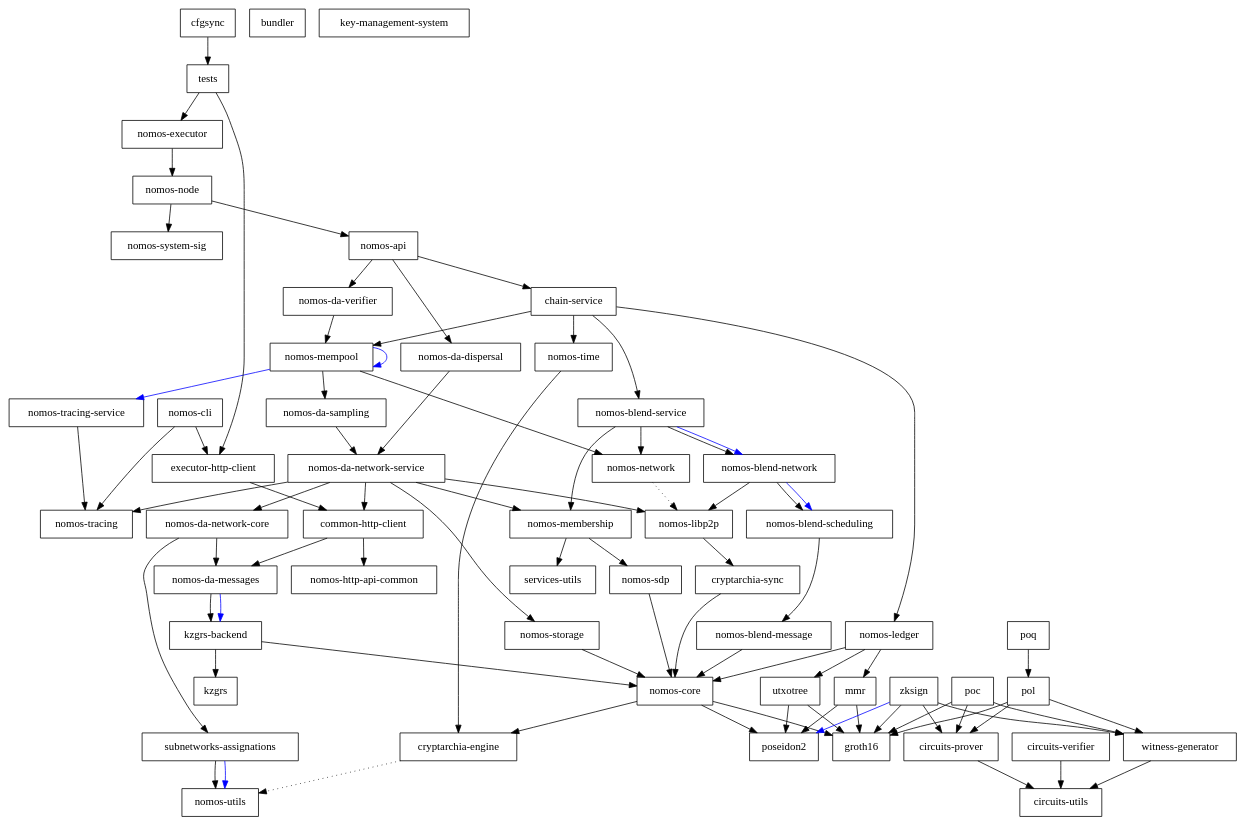
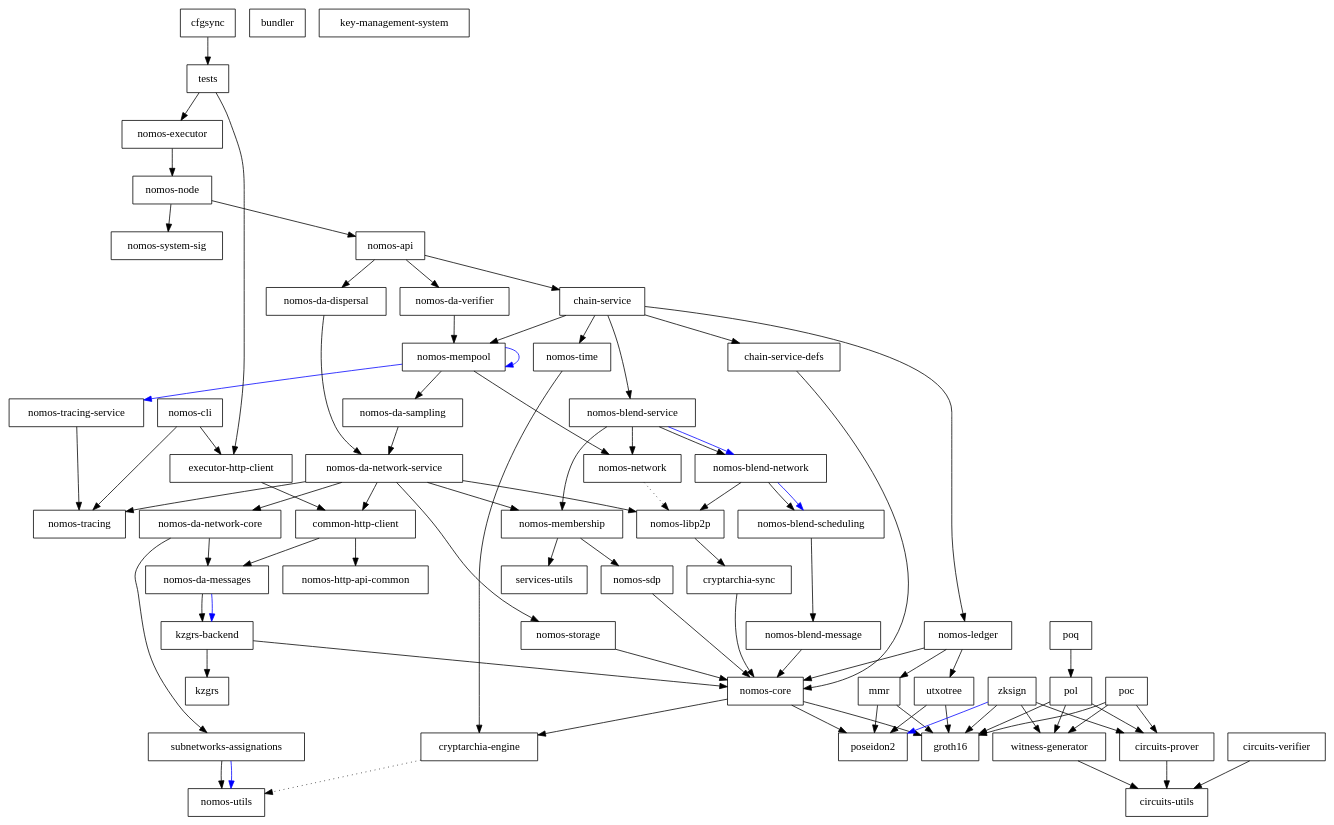
Before and after one commit to Astro521/logos-blockchain: the diagram in dependencies_graph.dot, drawn with Graphviz. The commit also changed 25 other files, not shown here.

Commit message:
chore(chain): Chain service definitions crate (#1689)

```diff
--- a/dependencies_graph.dot
+++ b/dependencies_graph.dot
@@ -1,137 +1,140 @@
 digraph {
     0 [ label = "cryptarchia-engine" shape = box]
     1 [ label = "nomos-utils" shape = box]
     2 [ label = "cryptarchia-sync" shape = box]
     3 [ label = "nomos-core" shape = box]
     4 [ label = "groth16" shape = box]
     5 [ label = "poseidon2" shape = box]
     6 [ label = "nomos-ledger" shape = box]
     7 [ label = "mmr" shape = box]
     8 [ label = "utxotree" shape = box]
     9 [ label = "nomos-http-api-common" shape = box]
     10 [ label = "nomos-executor" shape = box]
     11 [ label = "kzgrs-backend" shape = box]
     12 [ label = "kzgrs" shape = box]
     13 [ label = "nomos-api" shape = box]
     14 [ label = "chain-service" shape = box]
-    15 [ label = "nomos-blend-service" shape = box]
-    16 [ label = "nomos-blend-message" shape = box]
-    17 [ label = "nomos-blend-network" shape = box]
-    18 [ label = "nomos-blend-scheduling" shape = box]
-    19 [ label = "nomos-libp2p" shape = box]
-    20 [ label = "nomos-membership" shape = box]
-    21 [ label = "nomos-sdp" shape = box]
-    22 [ label = "services-utils" shape = box]
-    23 [ label = "nomos-network" shape = box]
-    24 [ label = "nomos-da-sampling" shape = box]
-    25 [ label = "nomos-da-network-core" shape = box]
-    26 [ label = "nomos-da-messages" shape = box]
-    27 [ label = "subnetworks-assignations" shape = box]
-    28 [ label = "nomos-da-network-service" shape = box]
-    29 [ label = "common-http-client" shape = box]
-    30 [ label = "nomos-storage" shape = box]
-    31 [ label = "nomos-tracing" shape = box]
-    32 [ label = "nomos-mempool" shape = box]
-    33 [ label = "nomos-tracing-service" shape = box]
-    34 [ label = "nomos-time" shape = box]
-    35 [ label = "nomos-da-dispersal" shape = box]
-    36 [ label = "nomos-da-verifier" shape = box]
-    37 [ label = "nomos-node" shape = box]
-    38 [ label = "nomos-system-sig" shape = box]
-    39 [ label = "executor-http-client" shape = box]
-    40 [ label = "bundler" shape = box]
-    41 [ label = "nomos-cli" shape = box]
-    42 [ label = "key-management-system" shape = box]
-    43 [ label = "cfgsync" shape = box]
-    44 [ label = "tests" shape = box]
-    45 [ label = "circuits-prover" shape = box]
-    46 [ label = "circuits-utils" shape = box]
-    47 [ label = "circuits-verifier" shape = box]
-    48 [ label = "witness-generator" shape = box]
-    49 [ label = "poc" shape = box]
-    50 [ label = "pol" shape = box]
-    51 [ label = "poq" shape = box]
-    52 [ label = "zksign" shape = box]
+    15 [ label = "chain-service-defs" shape = box]
+    16 [ label = "nomos-blend-service" shape = box]
+    17 [ label = "nomos-blend-message" shape = box]
+    18 [ label = "nomos-blend-network" shape = box]
+    19 [ label = "nomos-blend-scheduling" shape = box]
+    20 [ label = "nomos-libp2p" shape = box]
+    21 [ label = "nomos-membership" shape = box]
+    22 [ label = "nomos-sdp" shape = box]
+    23 [ label = "services-utils" shape = box]
+    24 [ label = "nomos-network" shape = box]
+    25 [ label = "nomos-da-sampling" shape = box]
+    26 [ label = "nomos-da-network-core" shape = box]
+    27 [ label = "nomos-da-messages" shape = box]
+    28 [ label = "subnetworks-assignations" shape = box]
+    29 [ label = "nomos-da-network-service" shape = box]
+    30 [ label = "common-http-client" shape = box]
+    31 [ label = "nomos-storage" shape = box]
+    32 [ label = "nomos-tracing" shape = box]
+    33 [ label = "nomos-mempool" shape = box]
+    34 [ label = "nomos-tracing-service" shape = box]
+    35 [ label = "nomos-time" shape = box]
+    36 [ label = "nomos-da-dispersal" shape = box]
+    37 [ label = "nomos-da-verifier" shape = box]
+    38 [ label = "nomos-node" shape = box]
+    39 [ label = "nomos-system-sig" shape = box]
+    40 [ label = "executor-http-client" shape = box]
+    41 [ label = "bundler" shape = box]
+    42 [ label = "nomos-cli" shape = box]
+    43 [ label = "key-management-system" shape = box]
+    44 [ label = "cfgsync" shape = box]
+    45 [ label = "tests" shape = box]
+    46 [ label = "circuits-prover" shape = box]
+    47 [ label = "circuits-utils" shape = box]
+    48 [ label = "circuits-verifier" shape = box]
+    49 [ label = "witness-generator" shape = box]
+    50 [ label = "poc" shape = box]
+    51 [ label = "pol" shape = box]
+    52 [ label = "poq" shape = box]
+    53 [ label = "zksign" shape = box]
     0 -> 1 [ style = dotted]
     2 -> 3 [ ]
     3 -> 0 [ ]
     3 -> 4 [ ]
     3 -> 5 [ ]
     6 -> 7 [ ]
     6 -> 3 [ ]
     6 -> 8 [ ]
     7 -> 4 [ ]
     7 -> 5 [ ]
     8 -> 4 [ ]
     8 -> 5 [ ]
-    10 -> 37 [ ]
+    10 -> 38 [ ]
     11 -> 12 [ ]
     11 -> 3 [ ]
     13 -> 14 [ ]
-    13 -> 35 [ ]
     13 -> 36 [ ]
+    13 -> 37 [ ]
     14 -> 15 [ ]
+    14 -> 16 [ ]
     14 -> 6 [ ]
-    14 -> 32 [ ]
-    14 -> 34 [ ]
-    15 -> 17 [ ]
-    15 -> 17 [ color = blue]
-    15 -> 20 [ ]
-    15 -> 23 [ ]
-    16 -> 3 [ ]
-    17 -> 18 [ ]
-    17 -> 18 [ color = blue]
-    17 -> 19 [ ]
-    18 -> 16 [ ]
-    19 -> 2 [ ]
-    20 -> 21 [ ]
-    20 -> 22 [ ]
-    21 -> 3 [ ]
-    23 -> 19 [ style = dotted]
-    24 -> 28 [ ]
-    25 -> 26 [ ]
-    25 -> 27 [ ]
-    26 -> 11 [ ]
-    26 -> 11 [ color = blue]
-    27 -> 1 [ ]
-    27 -> 1 [ color = blue]
-    28 -> 29 [ ]
-    28 -> 25 [ ]
-    28 -> 19 [ ]
-    28 -> 20 [ ]
-    28 -> 30 [ ]
-    28 -> 31 [ ]
+    14 -> 33 [ ]
+    14 -> 35 [ ]
+    15 -> 3 [ ]
+    16 -> 18 [ ]
+    16 -> 18 [ color = blue]
+    16 -> 21 [ ]
+    16 -> 24 [ ]
+    17 -> 3 [ ]
+    18 -> 19 [ ]
+    18 -> 19 [ color = blue]
+    18 -> 20 [ ]
+    19 -> 17 [ ]
+    20 -> 2 [ ]
+    21 -> 22 [ ]
+    21 -> 23 [ ]
+    22 -> 3 [ ]
+    24 -> 20 [ style = dotted]
+    25 -> 29 [ ]
+    26 -> 27 [ ]
+    26 -> 28 [ ]
+    27 -> 11 [ ]
+    27 -> 11 [ color = blue]
+    28 -> 1 [ ]
+    28 -> 1 [ color = blue]
+    29 -> 30 [ ]
     29 -> 26 [ ]
-    29 -> 9 [ ]
-    30 -> 3 [ ]
-    32 -> 24 [ ]
-    32 -> 32 [ color = blue]
-    32 -> 23 [ ]
-    32 -> 33 [ color = blue]
-    33 -> 31 [ ]
-    34 -> 0 [ ]
-    35 -> 28 [ ]
-    36 -> 32 [ ]
-    37 -> 13 [ ]
-    37 -> 38 [ ]
-    39 -> 29 [ ]
-    41 -> 39 [ ]
-    41 -> 31 [ ]
-    43 -> 44 [ ]
-    44 -> 39 [ ]
-    44 -> 10 [ ]
-    45 -> 46 [ ]
-    47 -> 46 [ ]
-    48 -> 46 [ ]
-    49 -> 45 [ ]
-    49 -> 4 [ ]
-    49 -> 48 [ ]
-    50 -> 45 [ ]
+    29 -> 20 [ ]
+    29 -> 21 [ ]
+    29 -> 31 [ ]
+    29 -> 32 [ ]
+    30 -> 27 [ ]
+    30 -> 9 [ ]
+    31 -> 3 [ ]
+    33 -> 25 [ ]
+    33 -> 33 [ color = blue]
+    33 -> 24 [ ]
+    33 -> 34 [ color = blue]
+    34 -> 32 [ ]
+    35 -> 0 [ ]
+    36 -> 29 [ ]
+    37 -> 33 [ ]
+    38 -> 13 [ ]
+    38 -> 39 [ ]
+    40 -> 30 [ ]
+    42 -> 40 [ ]
+    42 -> 32 [ ]
+    44 -> 45 [ ]
+    45 -> 40 [ ]
+    45 -> 10 [ ]
+    46 -> 47 [ ]
+    48 -> 47 [ ]
+    49 -> 47 [ ]
+    50 -> 46 [ ]
     50 -> 4 [ ]
-    50 -> 48 [ ]
-    51 -> 50 [ ]
-    52 -> 45 [ ]
-    52 -> 4 [ ]
-    52 -> 5 [ color = blue]
-    52 -> 48 [ ]
+    50 -> 49 [ ]
+    51 -> 46 [ ]
+    51 -> 4 [ ]
+    51 -> 49 [ ]
+    52 -> 51 [ ]
+    53 -> 46 [ ]
+    53 -> 4 [ ]
+    53 -> 5 [ color = blue]
+    53 -> 49 [ ]
 }
```
